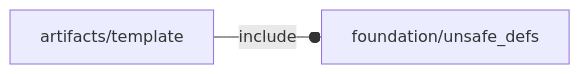
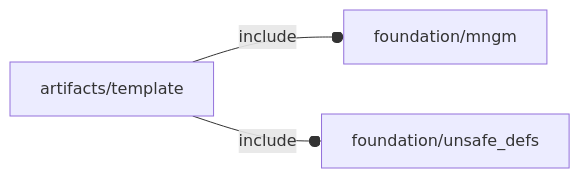
The diagram in orthodocs/artifacts/template.md (ggabbiani/OFL), drawn with Mermaid before and after one commit. The commit also changed 39 other files, not shown here.

````diff
--- a/orthodocs/artifacts/template.md
+++ b/orthodocs/artifacts/template.md
@@ -5,4 +5,5 @@
 ```mermaid
 graph LR
-    A1[artifacts/template] --o|include| A2[foundation/unsafe_defs]
+    A1[artifacts/template] --o|include| A2[foundation/mngm]
+    A1 --o|include| A3[foundation/unsafe_defs]
 ```
````
